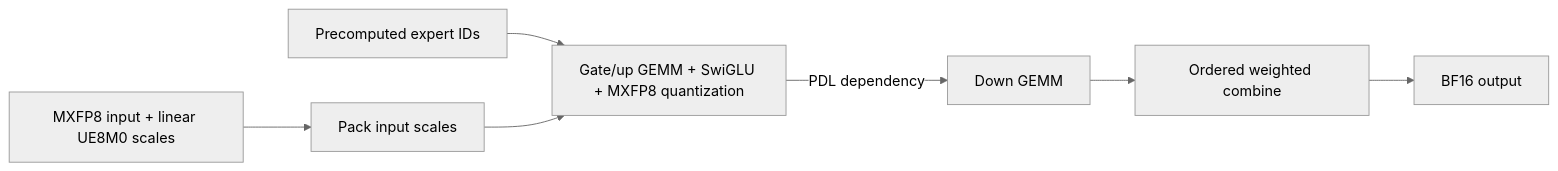
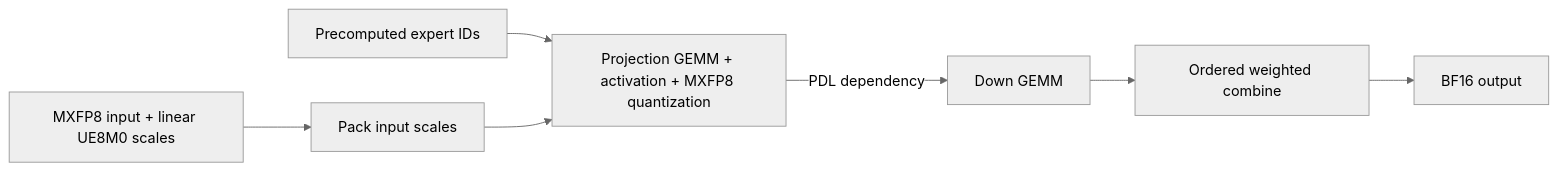
One commit to flashinfer-ai/flashinfer changed the second of 3 diagrams in docs/frost_low_latency_moe.md. Above: the diagram before and after it, drawn with Mermaid (neutral theme). The commit also changed other lines of this file and 18 other files, not shown here.

````diff
--- a/docs/frost_low_latency_moe.md
+++ b/docs/frost_low_latency_moe.md
@@ -57,9 +62,9 @@
 ```mermaid
 flowchart LR
   X[MXFP8 input + linear UE8M0 scales] --> S[Pack input scales]
   R[Precomputed expert IDs] --> GU
-  S --> GU[Gate/up GEMM + SwiGLU + MXFP8 quantization]
+  S --> GU[Projection GEMM + activation + MXFP8 quantization]
   GU -->|PDL dependency| D[Down GEMM]
   D --> C[Ordered weighted combine]
   C --> Y[BF16 output]
 ```
````
